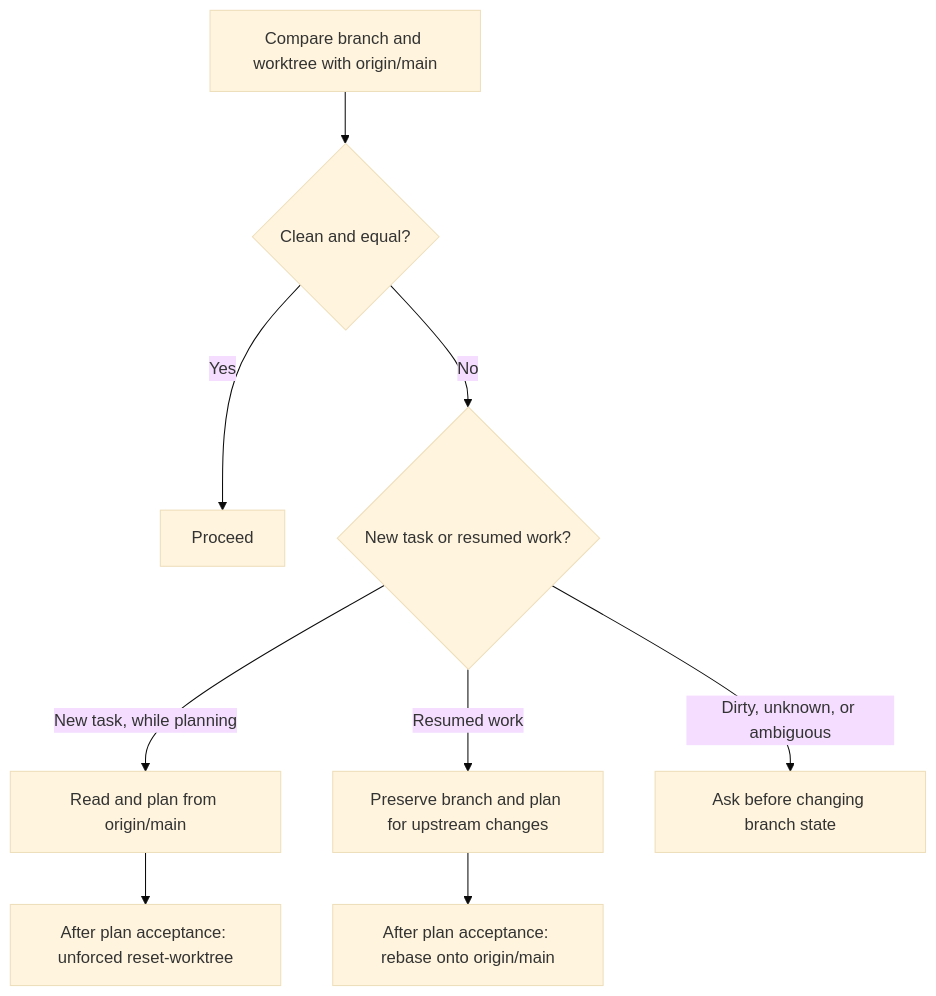
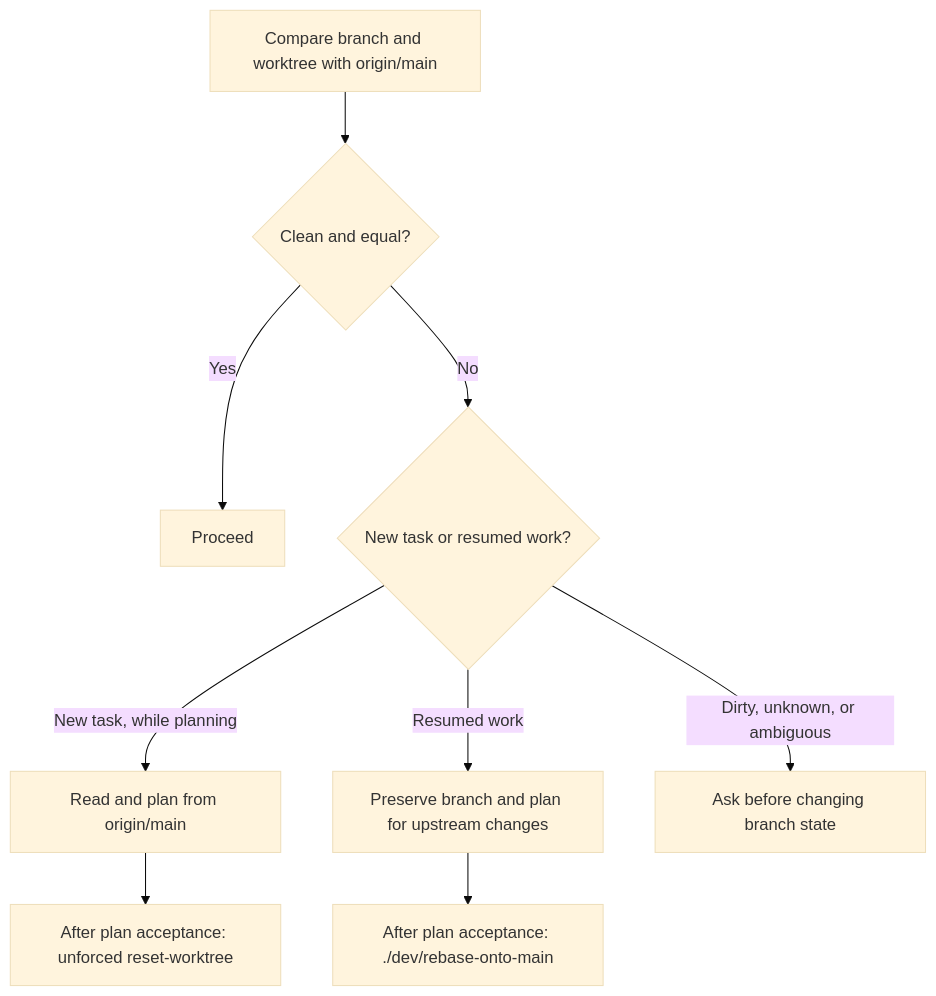
One commit to vouchington/vouchington changed the diagram in docs/development/README.md. Above: the diagram before and after it, drawn with Mermaid (base theme). The commit also changed other lines of this file and 28 other files, not shown here.

````diff
--- a/docs/development/README.md
+++ b/docs/development/README.md
@@ -163,11 +163,11 @@
 ```mermaid
 flowchart TD
   A[Compare branch and worktree with origin/main] --> B{Clean and equal?}
   B -->|Yes| C[Proceed]
   B -->|No| D{New task or resumed work?}
   D -->|New task, while planning| E[Read and plan from origin/main]
   E --> F[After plan acceptance: unforced reset-worktree]
   D -->|Resumed work| G[Preserve branch and plan for upstream changes]
-  G --> H[After plan acceptance: rebase onto origin/main]
+  G --> H[After plan acceptance: ./dev/rebase-onto-main]
   D -->|Dirty, unknown, or ambiguous| I[Ask before changing branch state]
 ```
````
